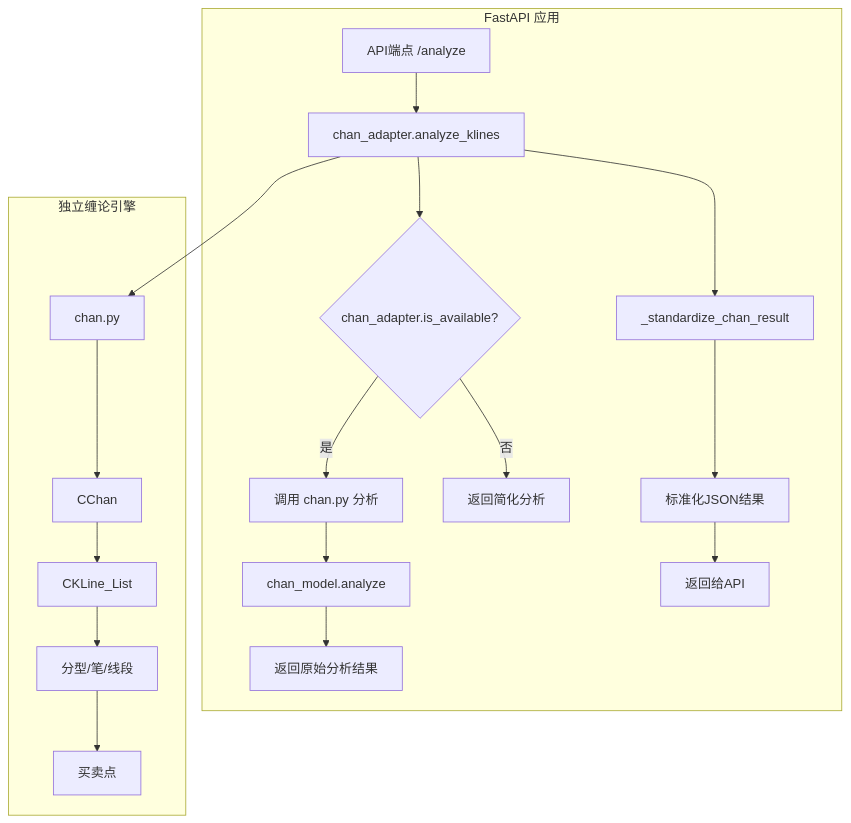
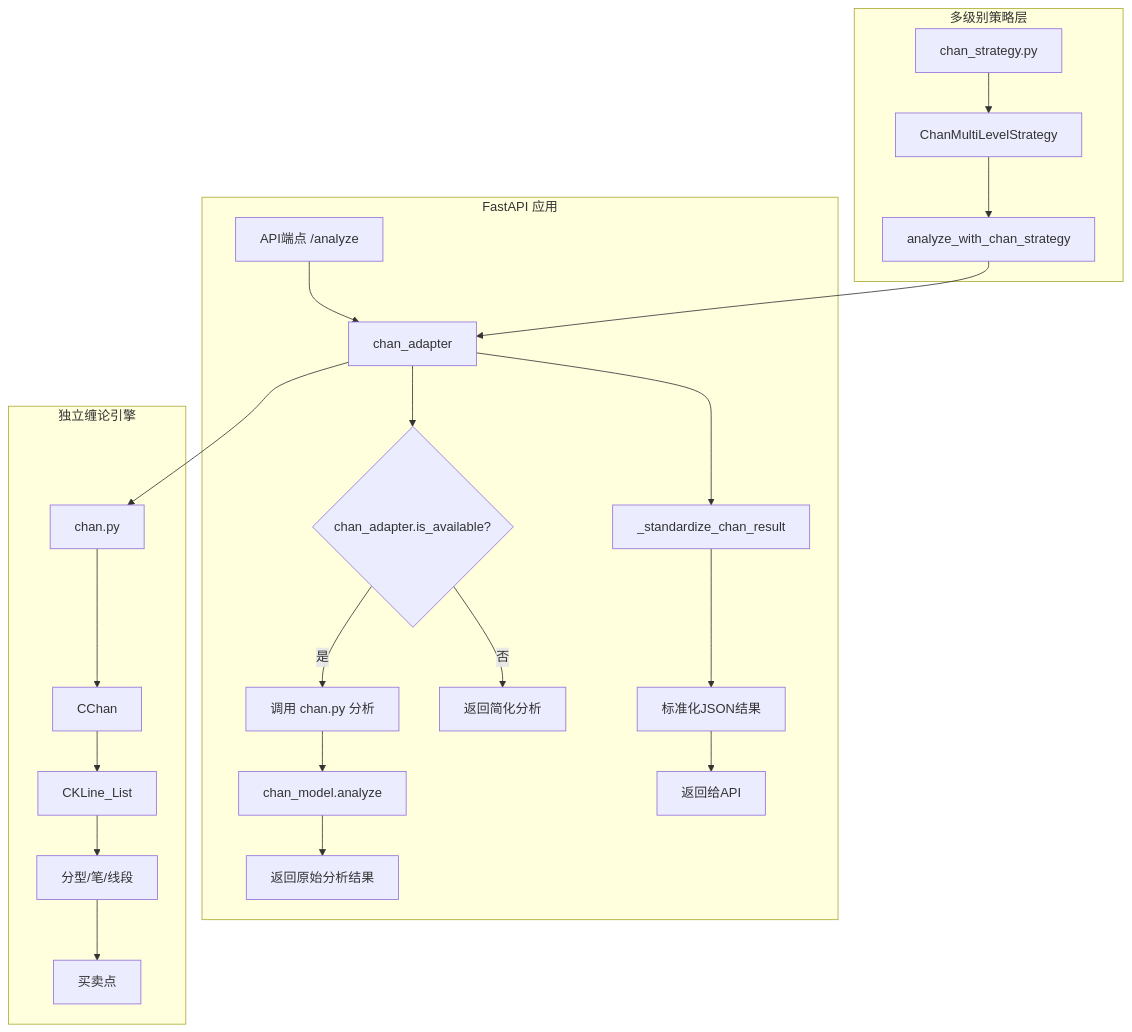
The first of 7 diagrams in .qoder/repowiki/zh/content/缠论分析模块/适配器集成.md (yjydmlh/turtle), drawn with Mermaid before and after one commit. The commit also changed other lines of this file and 21 other files, not shown here.

````diff
--- a/.qoder/repowiki/zh/content/缠论分析模块/适配器集成.md
+++ b/.qoder/repowiki/zh/content/缠论分析模块/适配器集成.md
@@ -38,21 +49,26 @@
 ```mermaid
 graph TD
 subgraph "FastAPI 应用"
 A[API端点 /analyze] --> B[chan_adapter.analyze_klines]
 B --> C{chan_adapter.is_available?}
 C --> |是| D[调用 chan.py 分析]
 C --> |否| E[返回简化分析]
 D --> F[chan_model.analyze]
 F --> G[返回原始分析结果]
 B --> H[_standardize_chan_result]
 H --> I[标准化JSON结果]
 I --> J[返回给API]
 end
 subgraph "独立缠论引擎"
 K[chan.py] --> L[CChan]
 L --> M[CKLine_List]
 M --> N[分型/笔/线段]
 N --> O[买卖点]
 end
 B --> K
+subgraph "多级别策略层"
+P[chan_strategy.py] --> Q[ChanMultiLevelStrategy]
+Q --> R[analyze_with_chan_strategy]
+R --> B[chan_adapter]
+end
 ```
````
